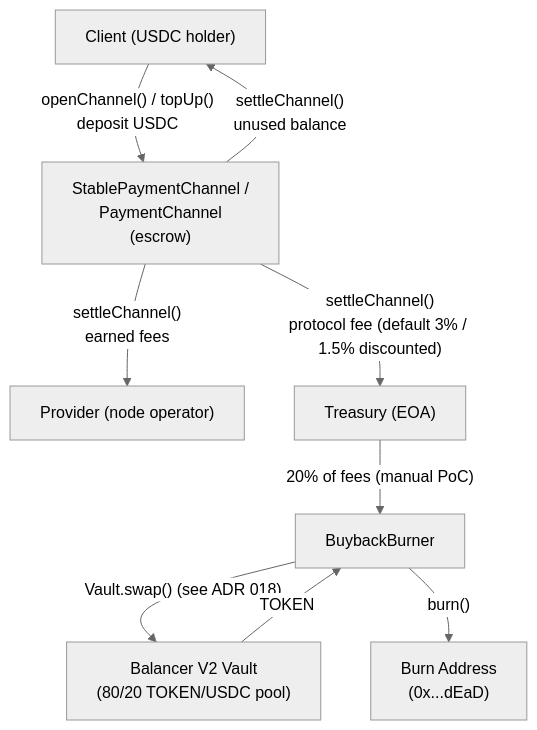
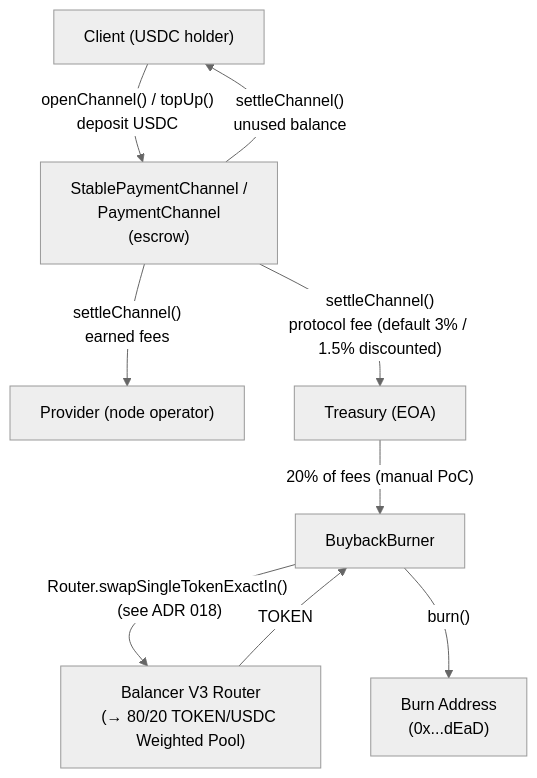
One commit to decdn/decdn changed the third of 4 diagrams in adr/016-contract-interactions.md. Above: the diagram before and after it, drawn with Mermaid (neutral theme). The commit also changed other lines of this file and 4 other files, not shown here.

````diff
--- a/adr/016-contract-interactions.md
+++ b/adr/016-contract-interactions.md
@@ -155,19 +155,19 @@
 ```mermaid
 flowchart TD
     Client["Client (USDC holder)"]
     SPC["StablePaymentChannel /<br/>PaymentChannel<br/>(escrow)"]
     Provider["Provider (node operator)"]
     Treasury["Treasury (EOA)"]
     BB["BuybackBurner"]
-    BAL["Balancer V2 Vault<br/>(80/20 TOKEN/USDC pool)"]
+    BAL["Balancer V3 Router<br/>(→ 80/20 TOKEN/USDC Weighted Pool)"]
     BURN["Burn Address<br/>(0x...dEaD)"]
 
     Client -->|"openChannel() / topUp()<br/>deposit USDC"| SPC
     SPC -->|"settleChannel()<br/>earned fees"| Provider
     SPC -->|"settleChannel()<br/>protocol fee (default 3% / 1.5% discounted)"| Treasury
     SPC -->|"settleChannel()<br/>unused balance"| Client
     Treasury -->|"20% of fees (manual PoC)"| BB
-    BB -->|"Vault.swap() (see ADR 018)"| BAL
+    BB -->|"Router.swapSingleTokenExactIn() (see ADR 018)"| BAL
     BAL -->|"TOKEN"| BB
     BB -->|"burn()"| BURN
 ```
````
